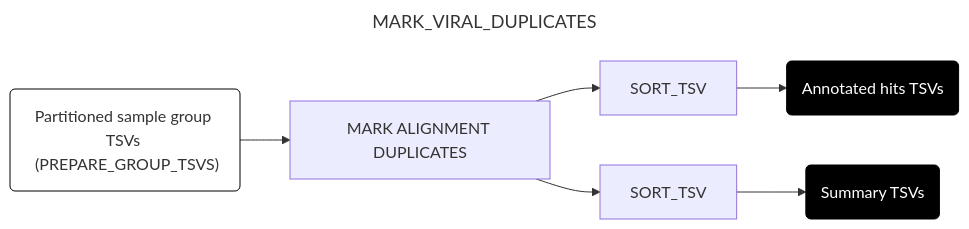
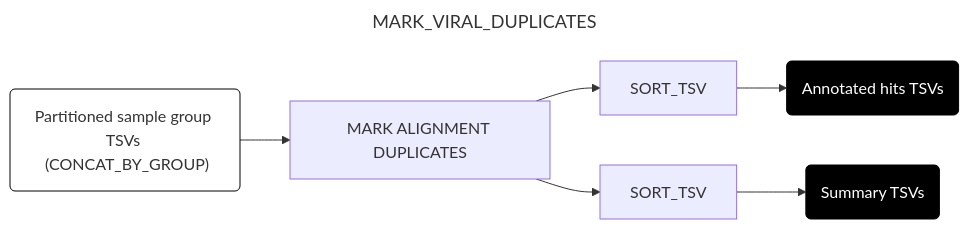
Before and after one commit to securebio/nao-mgs-workflow: the fourth of 10 diagrams in docs/downstream.md, drawn with Mermaid. The commit also changed other lines of this file and 24 other files, not shown here.

````diff
--- a/docs/downstream.md
+++ b/docs/downstream.md
@@ -118,16 +135,16 @@
 ```mermaid
 ---
 title: MARK_VIRAL_DUPLICATES
 config:
   layout: horizontal
 ---
 flowchart LR
-A("Partitioned sample group TSVs <br> (PREPARE_GROUP_TSVS)") --> B[MARK ALIGNMENT DUPLICATES]
+A("Partitioned sample group TSVs <br> (CONCAT_BY_GROUP)") --> B[MARK ALIGNMENT DUPLICATES]
 B --> C[SORT_TSV]
 B --> D[SORT_TSV]
 C --> E(Annotated hits TSVs)
 D --> F(Summary TSVs)
 style A fill:#fff,stroke:#000
 style E fill:#000,color:#fff,stroke:#000
 style F fill:#000,color:#fff,stroke:#000
 ```
````
